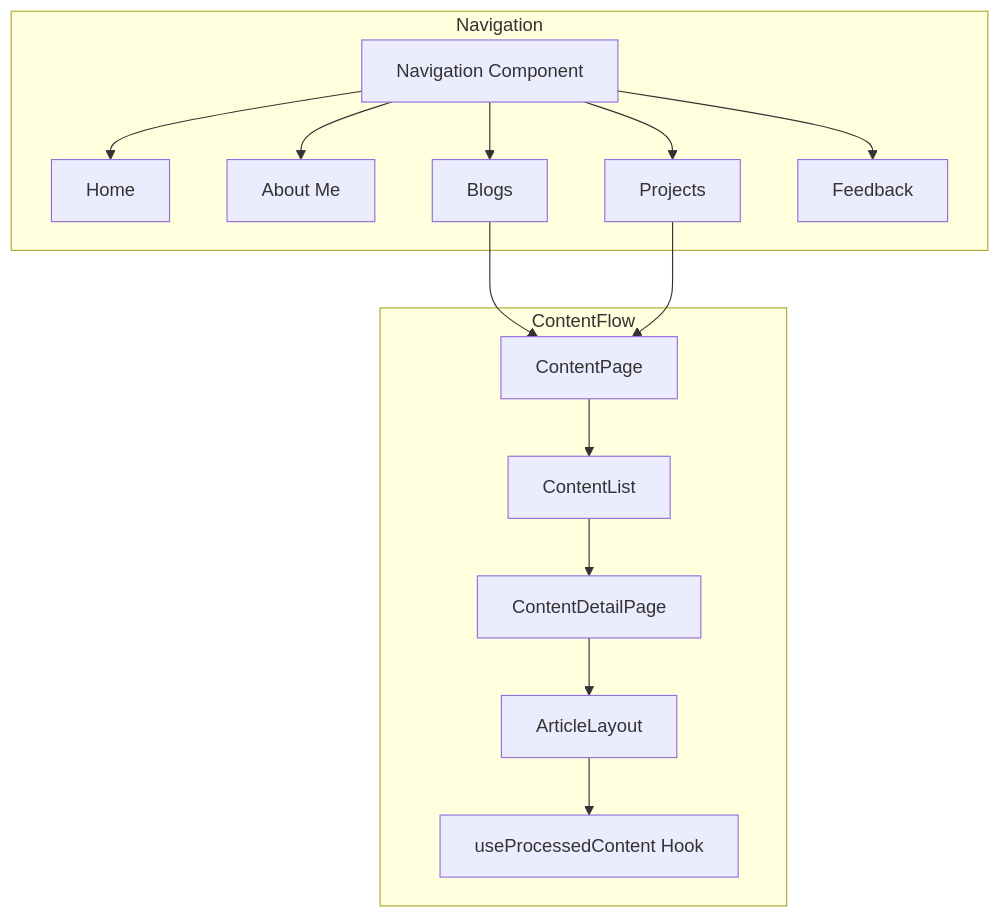
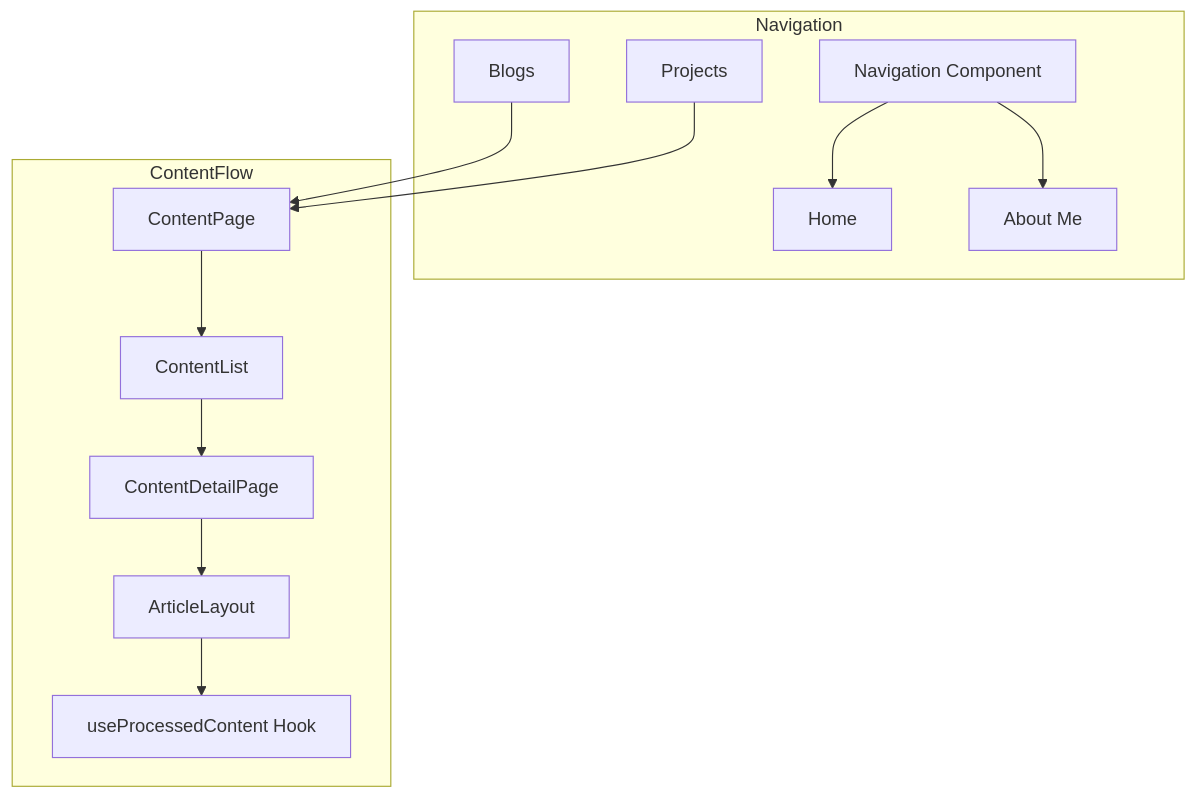
The first of 3 diagrams in PROJECT.md (proSamik/prosamik-nextjs-app), drawn with Mermaid before and after one commit. The commit also changed other lines of this file and 1 other file, not shown here.

First line of the commit message:
refactor: Remove feedback-related components and analytics hooks from documentation and project structure

````diff
--- a/PROJECT.md
+++ b/PROJECT.md
@@ -23,33 +20,29 @@
 ```mermaid
 flowchart TD
    subgraph Navigation
       Nav[Navigation Component]
       Home[Home]
       About[About Me]
       Blogs[Blogs]
       Projects[Projects]
-      Feedback[Feedback]
 
       Nav --> Home
       Nav --> About
-      Nav --> Blogs
-      Nav --> Projects
-      Nav --> Feedback
    end
 
    subgraph ContentFlow
       CP[ContentPage]
       CL[ContentList]
       CDP[ContentDetailPage]
       AL[ArticleLayout]
       PC[useProcessedContent Hook]
 
       CP --> CL
       CL --> CDP
       CDP --> AL
       AL --> PC
    end
 
    Blogs --> CP
    Projects --> CP
 ```
````
